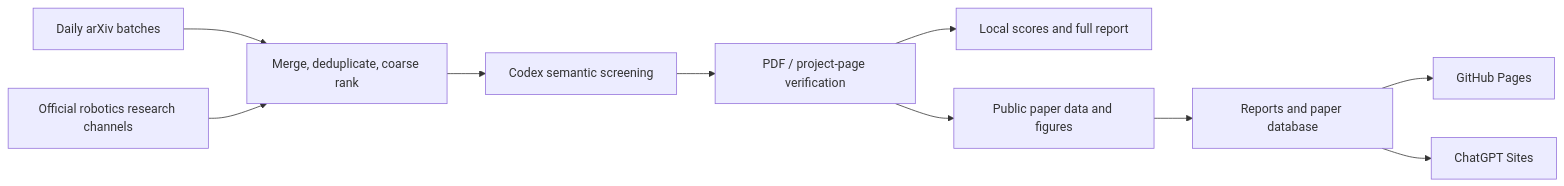
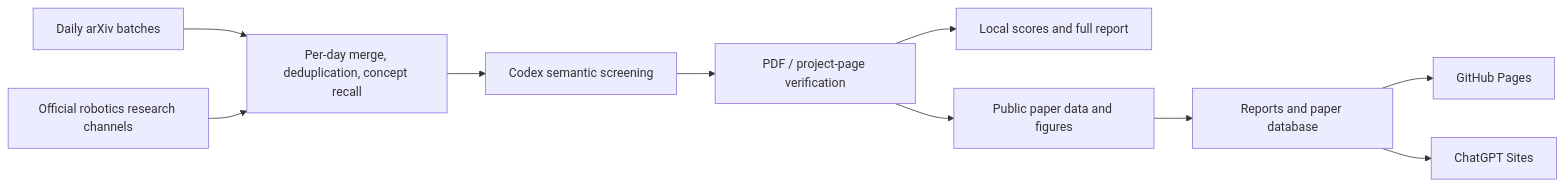
The diagram in README.en.md (kaijunwang111/Automated-Paper-Reader-for-Robotics), drawn with Mermaid before and after one commit. The commit also changed other lines of this file and 43 other files, not shown here.

````diff
--- a/README.en.md
+++ b/README.en.md
@@ -31,12 +31,12 @@
 ```mermaid
 flowchart LR
-    A["Daily arXiv batches"] --> C["Merge, deduplicate, coarse rank"]
+    A["Daily arXiv batches"] --> C["Per-day merge, deduplication, concept recall"]
     B["Official robotics research channels"] --> C
     C --> D["Codex semantic screening"]
     D --> E["PDF / project-page verification"]
     E --> F["Local scores and full report"]
     E --> G["Public paper data and figures"]
     G --> H["Reports and paper database"]
     H --> I["GitHub Pages"]
     H --> J["ChatGPT Sites"]
 ```
````
